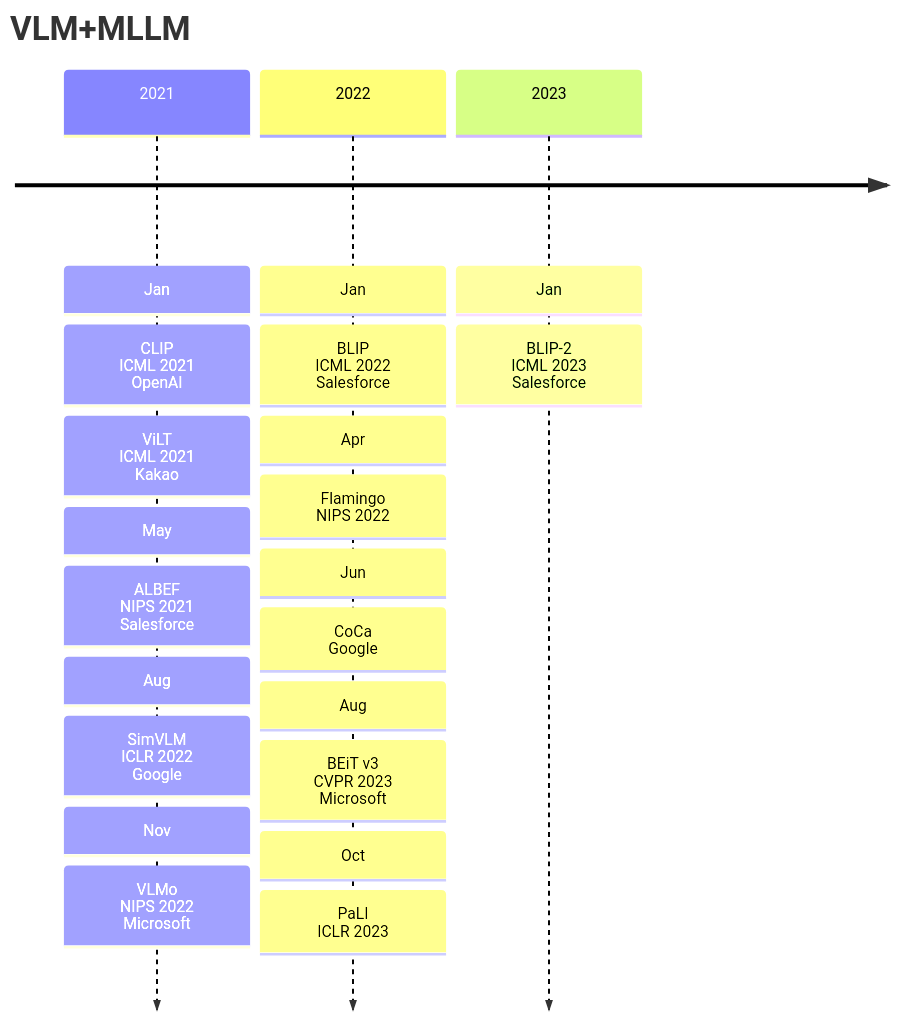
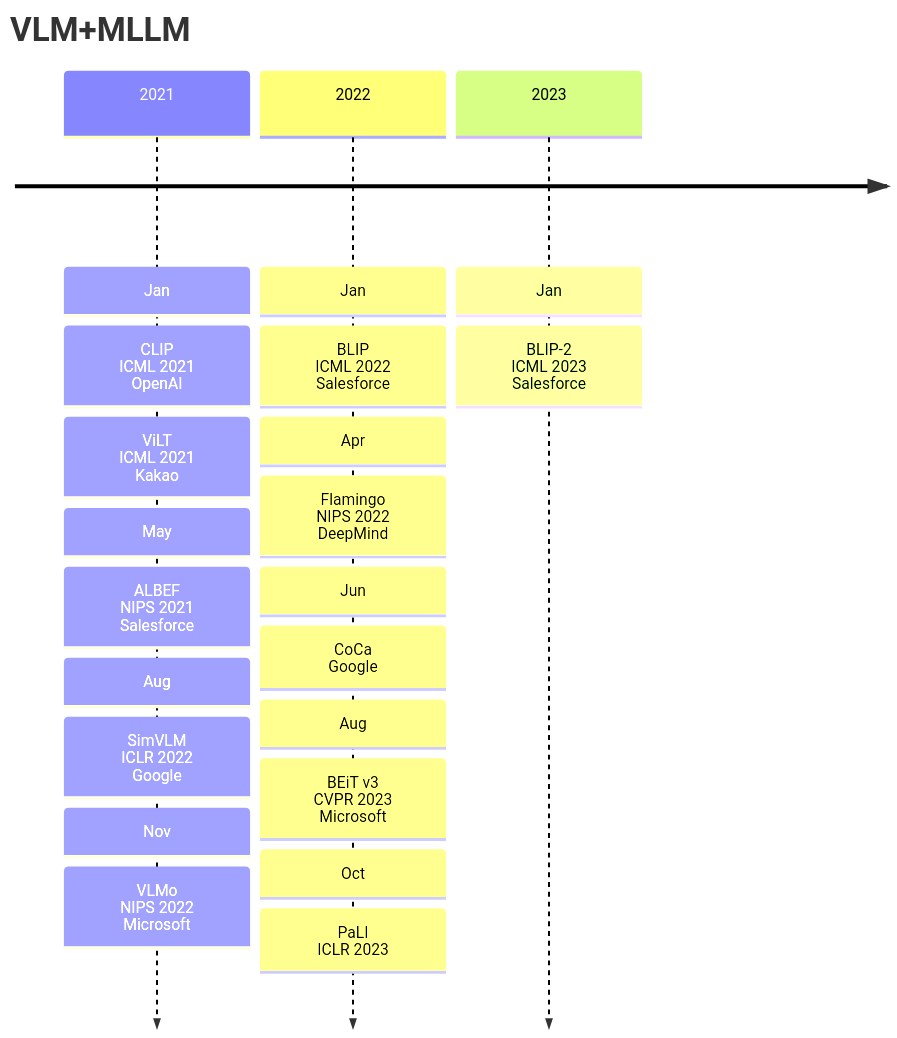
One commit to Elephant-King9/Paper changed the first of 6 diagrams in Base_Model/VLM+VLLM/analyse.md. Above: the diagram before and after it, drawn with Mermaid. The commit also changed other lines of this file and 5 other files, not shown here.

````diff
--- a/Base_Model/VLM+VLLM/analyse.md
+++ b/Base_Model/VLM+VLLM/analyse.md
@@ -5,25 +5,25 @@
 ```mermaid
 timeline
     title VLM+MLLM
     2021 : Jan
     		 : CLIP<br>ICML 2021<br>OpenAI
     		 : ViLT<br>ICML 2021<br>Kakao
     		 : May
     		 : ALBEF<br>NIPS 2021<br>Salesforce
     		 : Aug
     		 : SimVLM<br>ICLR 2022<br>Google
     		 : Nov
     		 : VLMo<br>NIPS 2022<br>Microsoft
     2022 : Jan
     		 : BLIP<br>ICML 2022<br>Salesforce
     		 : Apr
-    		 : Flamingo<br>NIPS 2022
+    		 : Flamingo<br>NIPS 2022<br>DeepMind
     		 : Jun
     		 : CoCa<br>Google
     		 : Aug
     		 : BEiT v3<br>CVPR 2023<br>Microsoft
     		 : Oct
     		 : PaLI<br>ICLR 2023
     2023 : Jan
     		 : BLIP-2<br>ICML 2023<br>Salesforce
 ```
````
